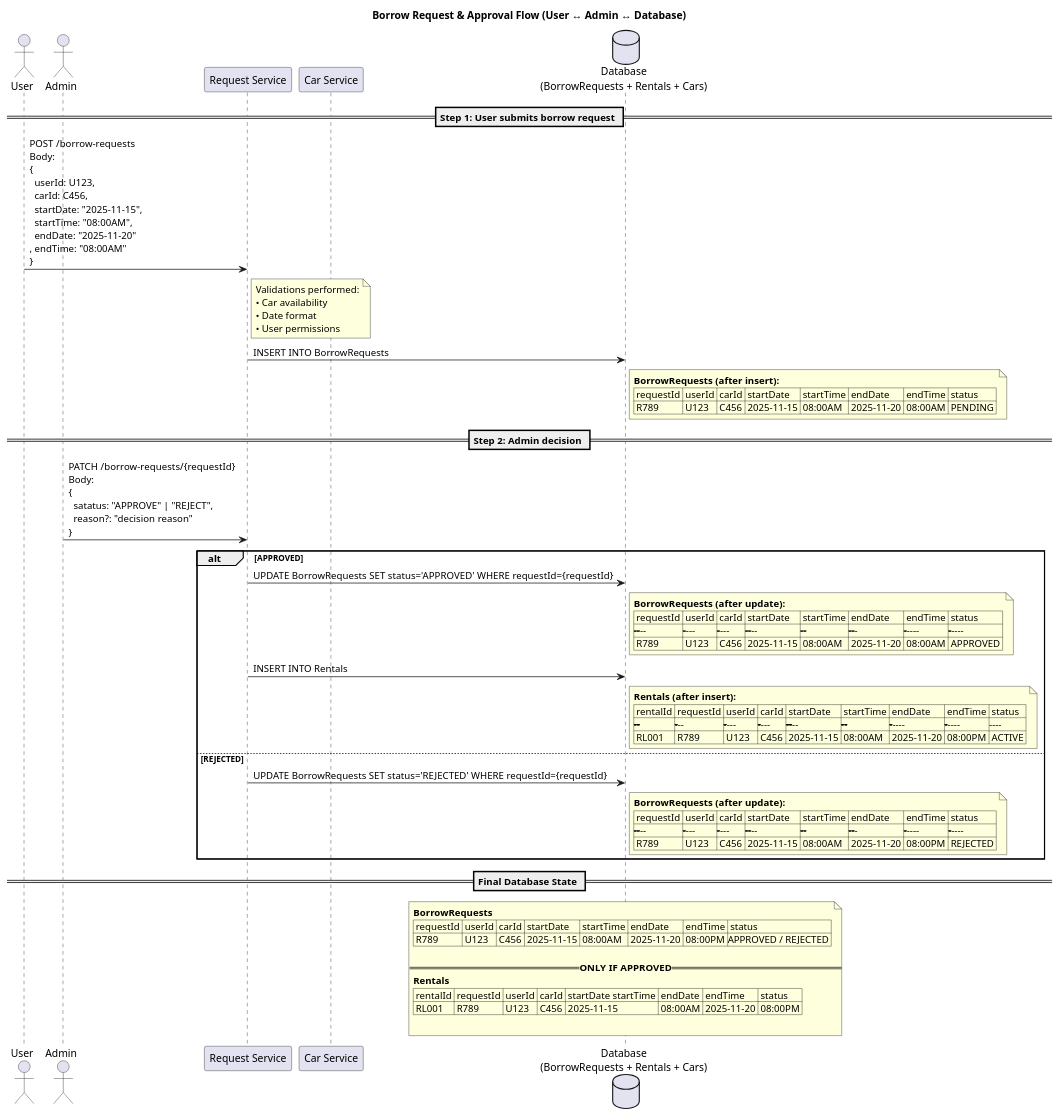
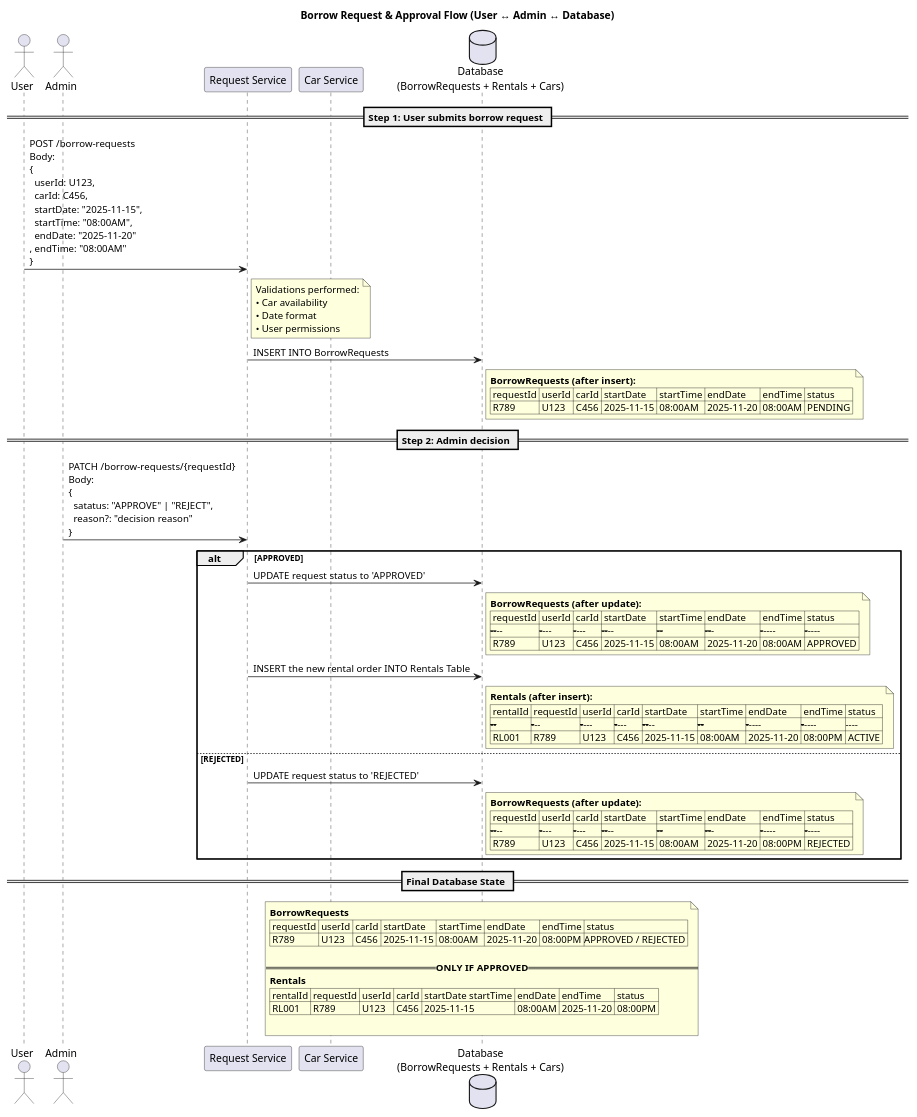
The diagram in docs/architecture/flows/borrow_request.puml (startupdev-org/LevelAutoRental), drawn with PlantUML before and after one commit.

Commit message:
Reformulate the flow of borrwing a car

```diff
--- a/docs/architecture/flows/borrow_request.puml
+++ b/docs/architecture/flows/borrow_request.puml
@@ -1,75 +1,75 @@
 @startuml
 title Borrow Request & Approval Flow (User ↔ Admin ↔ Database)
 
 actor User
 actor Admin
 participant "Request Service" as ReqService
 participant "Car Service" as CarService
 database DB as "Database\n(BorrowRequests + Rentals + Cars)"
 
 == Step 1: User submits borrow request ==
 User -> ReqService: POST /borrow-requests\nBody:\n{\n  userId: U123,\n  carId: C456,\n  startDate: "2025-11-15",\n  startTime: "08:00AM",\n  endDate: "2025-11-20"\n, endTime: "08:00AM"\n}
 
 note right of ReqService
 Validations performed:
 • Car availability  
 • Date format  
 • User permissions
 end note
 
 ReqService -> DB: INSERT INTO BorrowRequests
 note right of DB
 **BorrowRequests (after insert):**
 | requestId | userId | carId | startDate | startTime | endDate | endTime | status |
 | R789 | U123 | C456 | 2025-11-15 | 08:00AM | 2025-11-20 | 08:00AM | PENDING |
 end note
 
 
 ' DB --> ReqService: Returns requestId = R789
 ' ReqService --> Admin: Notify pending request (R789)
 
 == Step 2: Admin decision ==
 Admin -> ReqService: PATCH /borrow-requests/{requestId}\nBody:\n{\n  satatus: "APPROVE" | "REJECT",\n  reason?: "decision reason"\n}
 
 alt APPROVED
-    ReqService -> DB: UPDATE BorrowRequests SET status='APPROVED' WHERE requestId={requestId}
+    ReqService -> DB: UPDATE request status to 'APPROVED'
     note right of DB
     **BorrowRequests (after update):**
     | requestId | userId | carId | startDate | startTime | endDate | endTime | status |
     |------------|--------|--------|------------|----------|-----------|---------|---------|
     | R789 | U123 | C456 | 2025-11-15 | 08:00AM | 2025-11-20 | 08:00AM | APPROVED |
     end note
 
-    ReqService -> DB: INSERT INTO Rentals
+    ReqService -> DB: INSERT the new rental order INTO Rentals Table
     note right of DB
     **Rentals (after insert):**
     | rentalId | requestId | userId | carId | startDate | startTime | endDate | endTime | status |
     |----------|-------|--------|--------|------------|----------|---------|---------|----|
     | RL001 | R789 | U123 | C456 | 2025-11-15 | 08:00AM | 2025-11-20 | 08:00PM | ACTIVE |
     end note
 
     
 else REJECTED
-    ReqService -> DB: UPDATE BorrowRequests SET status='REJECTED' WHERE requestId={requestId}
+    ReqService -> DB: UPDATE request status to 'REJECTED'
     note right of DB
     **BorrowRequests (after update):**
     | requestId | userId | carId | startDate | startTime | endDate | endTime | status |
     |------------|--------|--------|------------|----------|-----------|---------|---------|
     | R789 | U123 | C456 | 2025-11-15 | 08:00AM | 2025-11-20 | 08:00PM | REJECTED |
     end note
 
 end
 
 == Final Database State ==
 note over DB
 **BorrowRequests**
 | requestId | userId | carId | startDate | startTime | endDate | endTime | status |
 | R789 | U123 | C456 | 2025-11-15 | 08:00AM | 2025-11-20 | 08:00PM |APPROVED / REJECTED |
 
 == **ONLY IF APPROVED** ==
 **Rentals**
 | rentalId | requestId | userId | carId | startDate startTime | endDate | endTime | status |
 | RL001 | R789 | U123 | C456 | 2025-11-15 | 08:00AM | 2025-11-20 | 08:00PM | ACTIVE |
 
 end note
 @enduml
```
